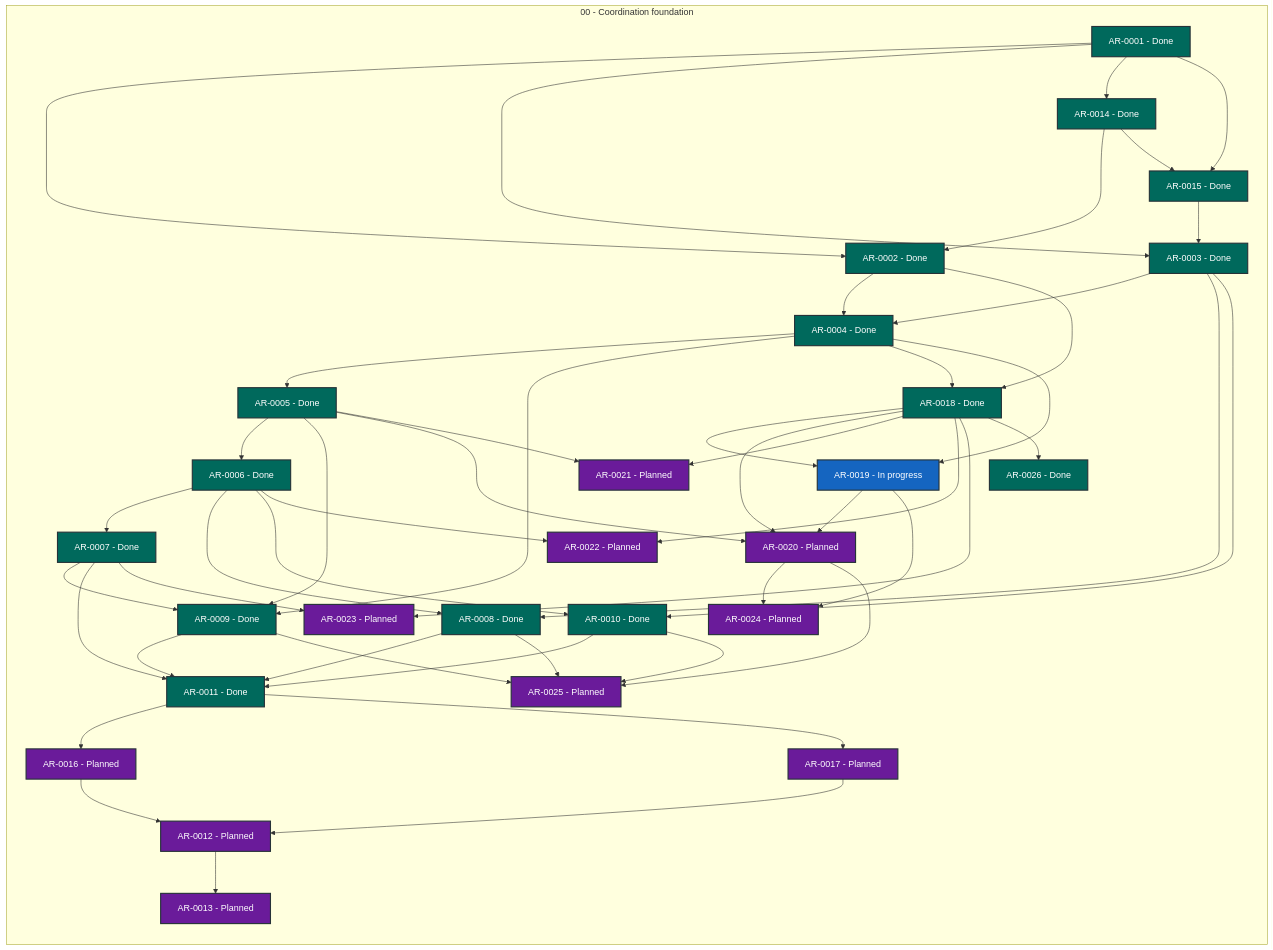
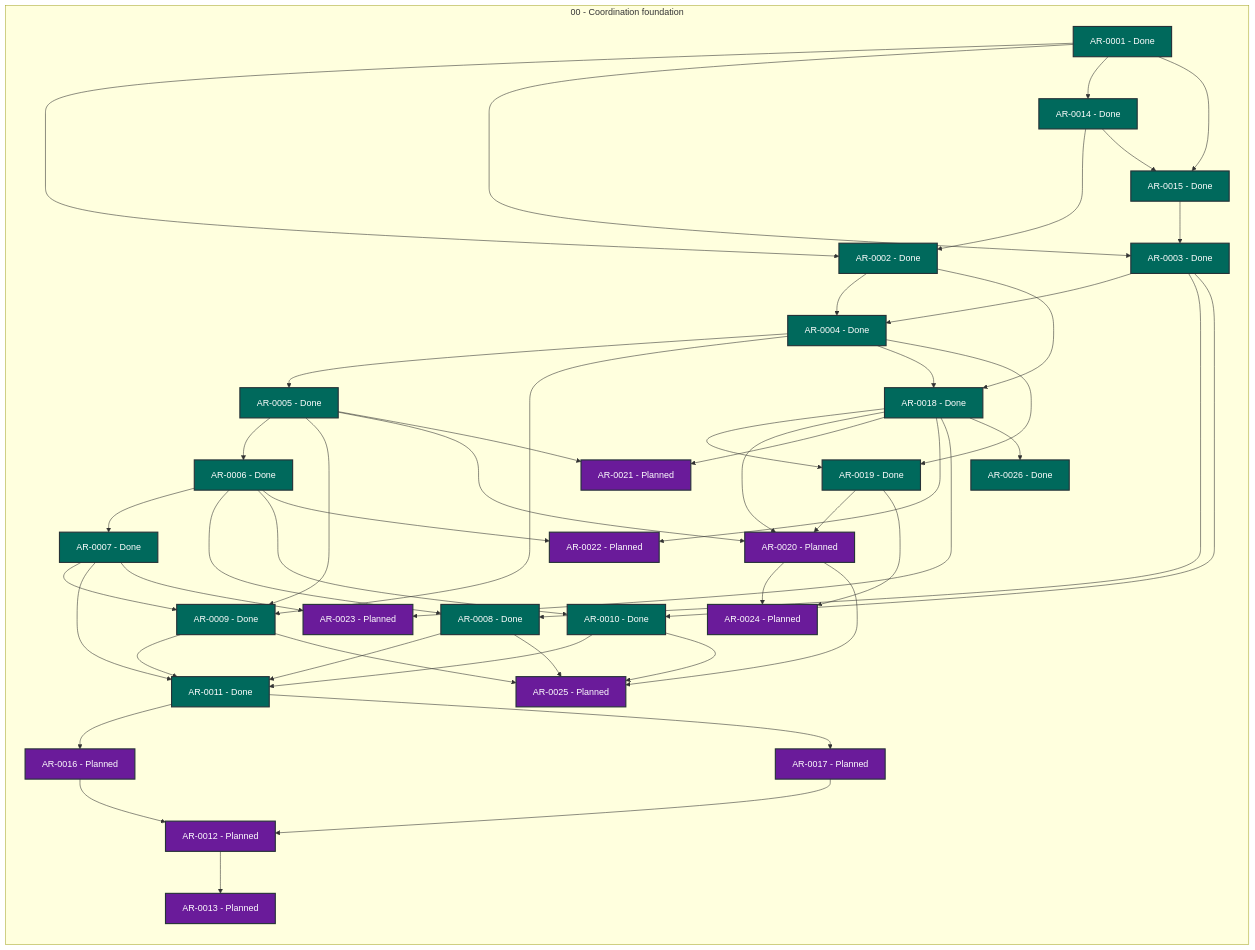
One commit to martin-beck/agent-workflow-tui-state changed the diagram in STATUS.md. Above: the diagram before and after it, drawn with Mermaid. The commit also changed other lines of this file and 2 other files, not shown here.

```diff
--- a/STATUS.md
+++ b/STATUS.md
@@ -46,7 +46,7 @@
         AR_0016["AR-0016 - Planned"]:::status_planned
         AR_0017["AR-0017 - Planned"]:::status_planned
         AR_0018["AR-0018 - Done"]:::status_done
-        AR_0019["AR-0019 - In progress"]:::status_in_progress
+        AR_0019["AR-0019 - Done"]:::status_done
         AR_0020["AR-0020 - Planned"]:::status_planned
         AR_0021["AR-0021 - Planned"]:::status_planned
         AR_0022["AR-0022 - Planned"]:::status_planned
```
